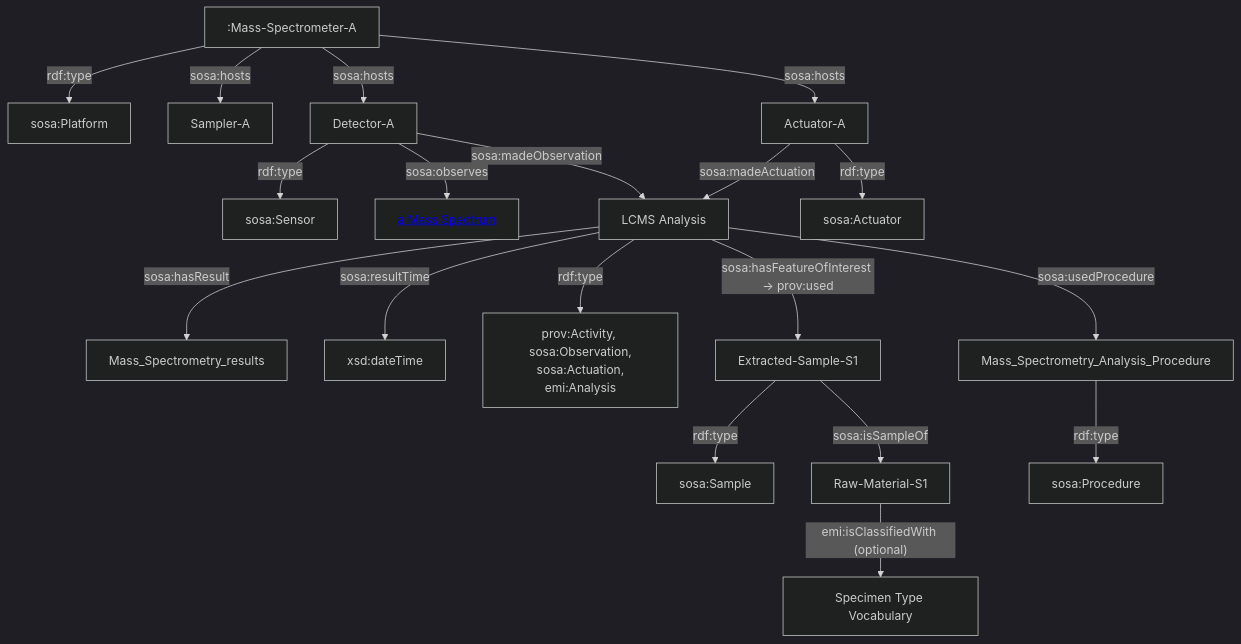
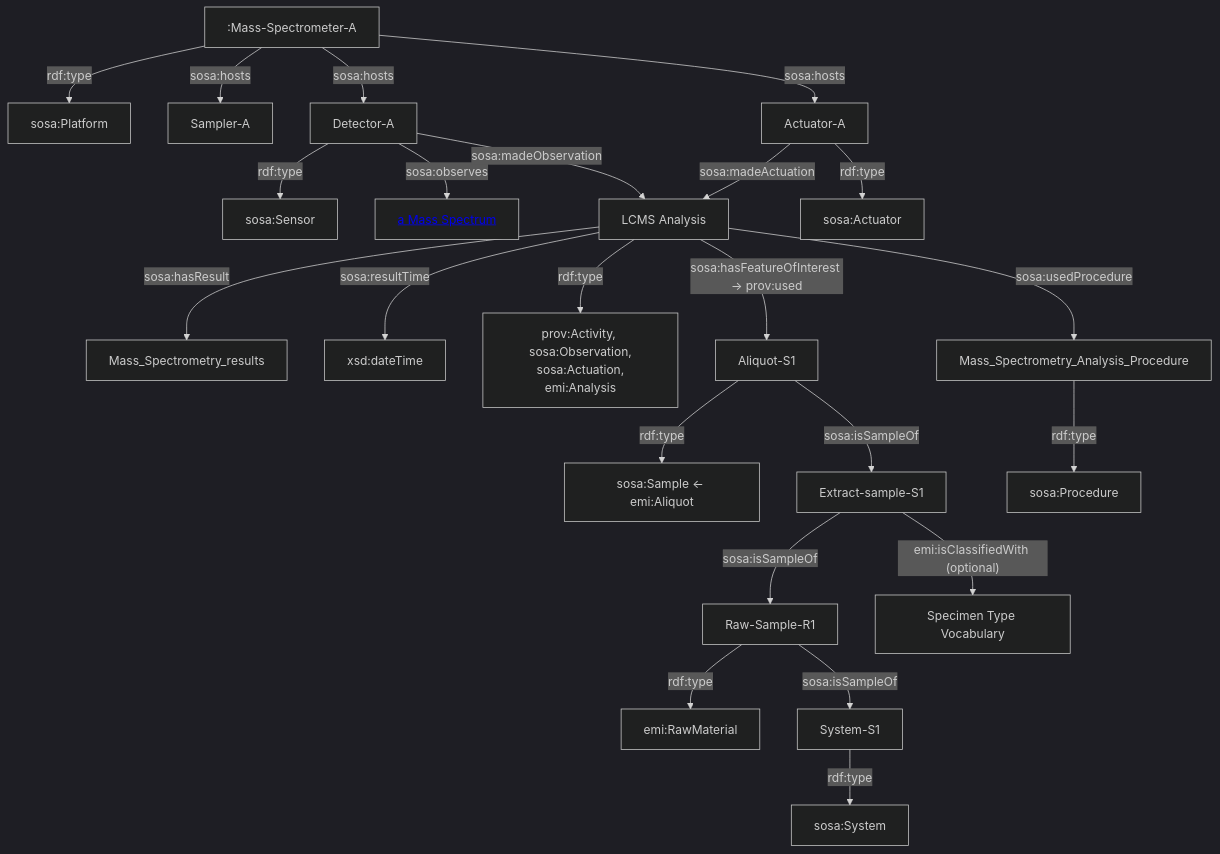
One commit to digital-botanical-gardens-initiative/earth_metabolome_ontology changed the first of 7 diagrams in README.md. Above: the diagram before and after it, drawn with Mermaid (dark theme). The commit also changed other lines of this file, not shown here.

````diff
--- a/README.md
+++ b/README.md
@@ -31,21 +31,25 @@
 ```mermaid
 graph TD
 	d[":Mass-Spectrometer-A"]-->|rdf:type|sosa:Platform
 	d-->|sosa:hosts|samp["Sampler-A"]
 	d-->|sosa:hosts|d2["Detector-A"]
 	d2-->|rdf:type|sosa:Sensor
 	d2-->|sosa:observes|pp["<a href='http://purl.obolibrary.org/obo/CHMO_0000806'>a Mass Spectrum</a>"]
 	d2-->|sosa:madeObservation|oo["LCMS Analysis"]
 	d-->|sosa:hosts|act["Actuator-A"]
 	act-->|rdf:type|sosa:Actuator
 	act-->|sosa:madeActuation|oo["LCMS Analysis"]
 	oo-->|sosa:hasResult|res["Mass_Spectrometry_results"]
 	oo-->|sosa:resultTime|xsd:dateTime
         oo-->|rdf:type|a["prov:Activity, sosa:Observation,<br/> sosa:Actuation, emi:Analysis"]
-        oo-->|"sosa:hasFeatureOfInterest -> prov:used"|s["Extracted-Sample-S1"]
-        s-->|rdf:type|sosa:Sample
-        s-->|sosa:isSampleOf|t["Raw-Material-S1"]
+        oo-->|"sosa:hasFeatureOfInterest -> prov:used"|s["Aliquot-S1"]
+        s-->|rdf:type|aliq["sosa:Sample <- emi:Aliquot"]
+        s-->|sosa:isSampleOf|t["Extract-sample-S1"]
+        t-->|sosa:isSampleOf|rs["Raw-Sample-R1"]
+	rs-->|rdf:type|emi:RawMaterial
+	rs-->|sosa:isSampleOf|sys["System-S1"]
+	sys-->|rdf:type|sosa:System
         t-->|"emi:isClassifiedWith (optional)"|w2["Specimen Type Vocabulary"]
         oo-->|sosa:usedProcedure|proc["Mass_Spectrometry_Analysis_Procedure"]
         proc-->|rdf:type|sosa:Procedure
 ```
````
